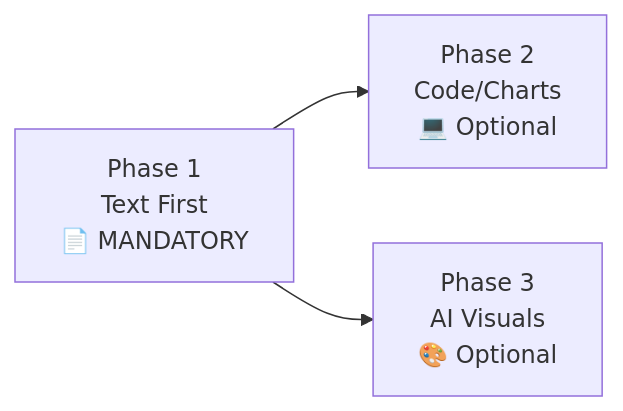
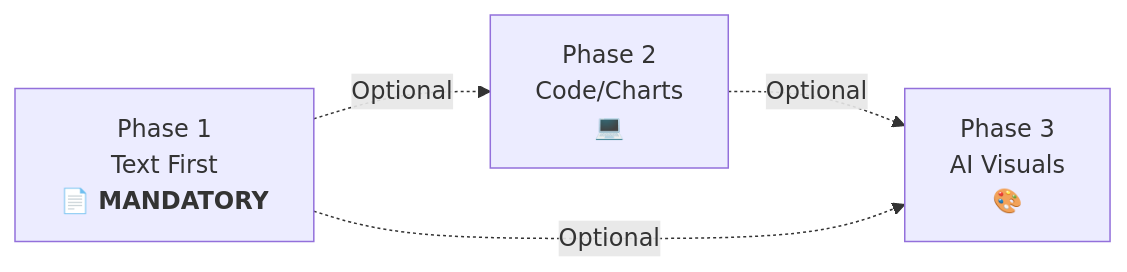
The diagram in skills/superior-byte-works-wrighter/SKILL.md (borealBytes/my-farm-advisor), drawn with Mermaid before and after one commit. The commit also changed other lines of this file and 186 other files, not shown here.

````diff
--- a/skills/superior-byte-works-wrighter/SKILL.md
+++ b/skills/superior-byte-works-wrighter/SKILL.md
@@ -94,5 +94,6 @@
 ```mermaid
 flowchart LR
-    P1[Phase 1<br/>Text First<br/>📄 MANDATORY] --> P2[Phase 2<br/>Code/Charts<br/>💻 Optional]
-    P1 --> P3[Phase 3<br/>AI Visuals<br/>🎨 Optional]
+    P1["Phase 1<br/>Text First<br/><b>📄 MANDATORY</b>"] -.->|"Optional"| P2["Phase 2<br/>Code/Charts<br/>💻"]
+    P2 -.->|"Optional"| P3["Phase 3<br/>AI Visuals<br/>🎨"]
+    P1 -.->|"Optional"| P3
 ```
````
